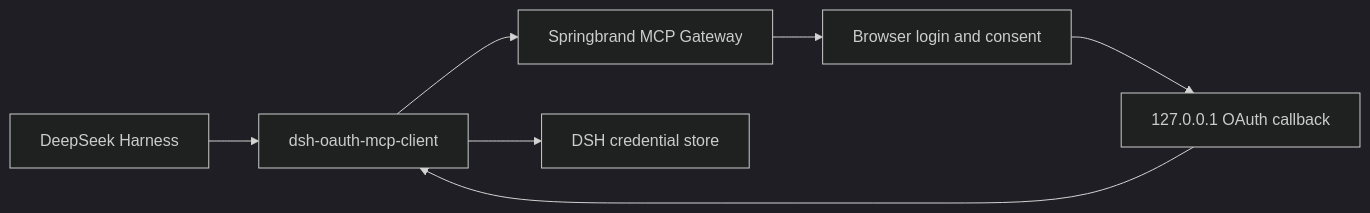
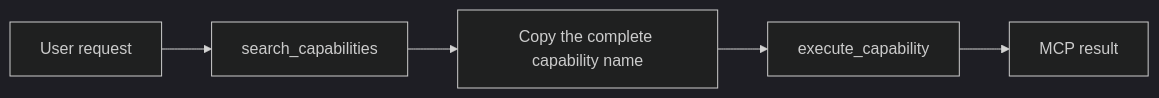
The diagram in README.md (hualiong/dsh-oauth-mcp-client), drawn with Mermaid (dark theme) before and after one commit. The commit also changed other lines of this file and 10 other files, not shown here.

````diff
--- a/README.md
+++ b/README.md
@@ -12,9 +64,7 @@
 ```mermaid
 flowchart LR
-  DSH["DeepSeek Harness"] --> Plugin["dsh-oauth-mcp-client"]
-  Plugin --> Gateway["Springbrand MCP Gateway"]
-  Gateway --> Browser["Browser login and consent"]
-  Browser --> Callback["127.0.0.1 OAuth callback"]
-  Callback --> Plugin
-  Plugin --> Credentials["DSH credential store"]
+  User["User request"] --> Search["search_capabilities"]
+  Search --> Name["Copy the complete capability name"]
+  Name --> Execute["execute_capability"]
+  Execute --> Result["MCP result"]
 ```
````
